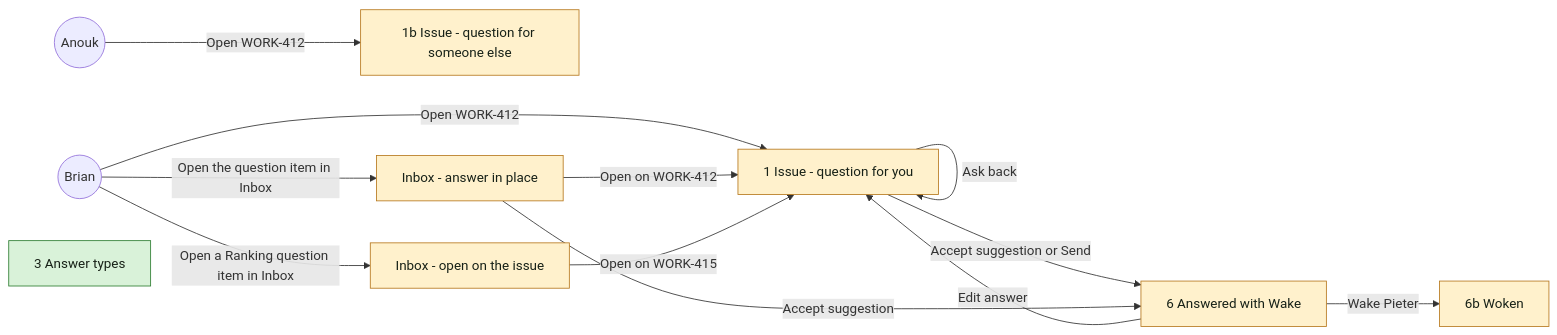
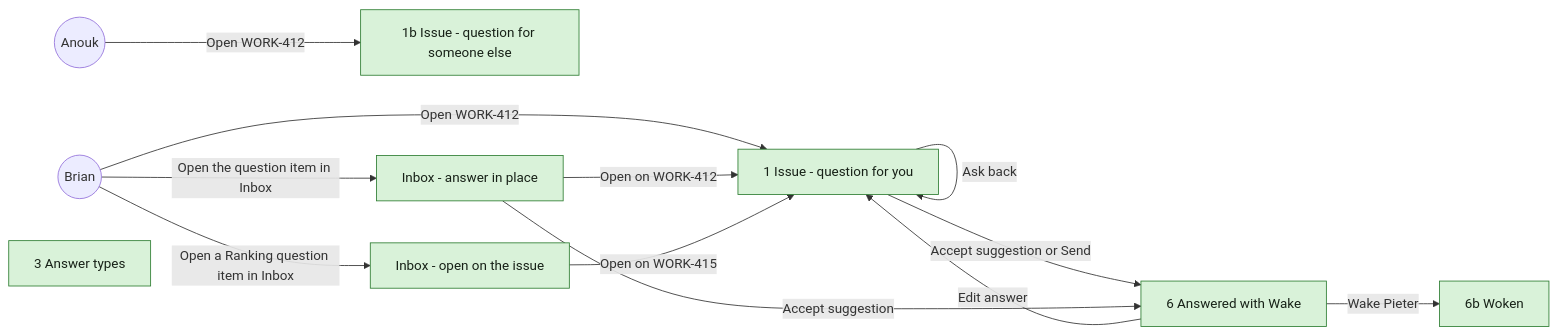
Before and after one commit to appboypov/multica: the diagram in designs/screens/issue-questions.md, drawn with Mermaid.

Commit message:
docs(design): mark the UJ-1 screens new in the flowchart (DAS-460)
Every screen is added by this pull request; #6 never merged, so none is a change against main, as design.md's inventory says.

````diff
--- a/designs/screens/issue-questions.md
+++ b/designs/screens/issue-questions.md
@@ -7,26 +7,26 @@
 ```mermaid
 flowchart LR
 classDef new fill:#d9f2d9,stroke:#2e7d32,color:#172117
 classDef changed fill:#fff1cc,stroke:#b7791f,color:#172117
 B((Brian))
 AN((Anouk))
-S1[1 Issue - question for you]:::changed
-S1b[1b Issue - question for someone else]:::changed
+S1[1 Issue - question for you]:::new
+S1b[1b Issue - question for someone else]:::new
 S3[3 Answer types]:::new
-S6[6 Answered with Wake]:::changed
-S6b[6b Woken]:::changed
-IN1[Inbox - answer in place]:::changed
-IN2[Inbox - open on the issue]:::changed
+S6[6 Answered with Wake]:::new
+S6b[6b Woken]:::new
+IN1[Inbox - answer in place]:::new
+IN2[Inbox - open on the issue]:::new
 B -->|Open WORK-412| S1
 B -->|Open the question item in Inbox| IN1
 B -->|Open a Ranking question item in Inbox| IN2
 AN -->|Open WORK-412| S1b
 S1 -->|Select the Questions row| S1
 S1 -->|Ask back| S1
 S1 -->|Accept suggestion or Send| S6
 IN1 -->|Accept suggestion| S6
 IN1 -->|Open on WORK-412| S1
 IN2 -->|Open on WORK-415| S1
 S6 -->|Edit answer| S1
 S6 -->|Wake Pieter| S6b
 ```
````
